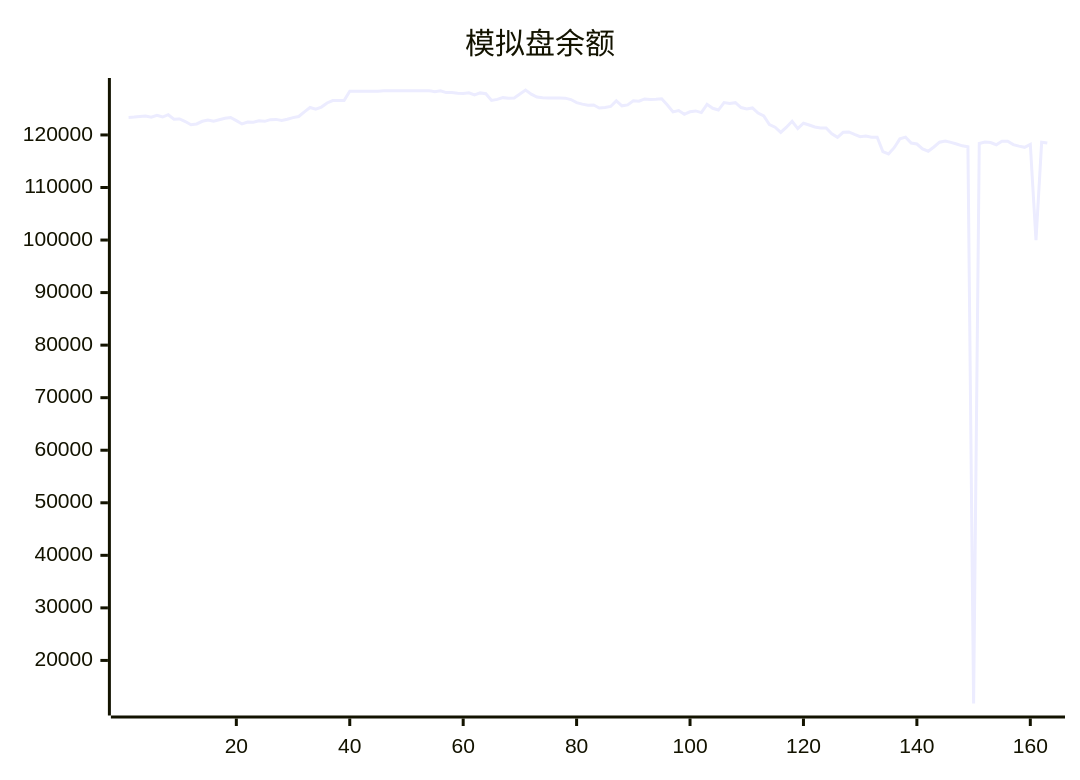
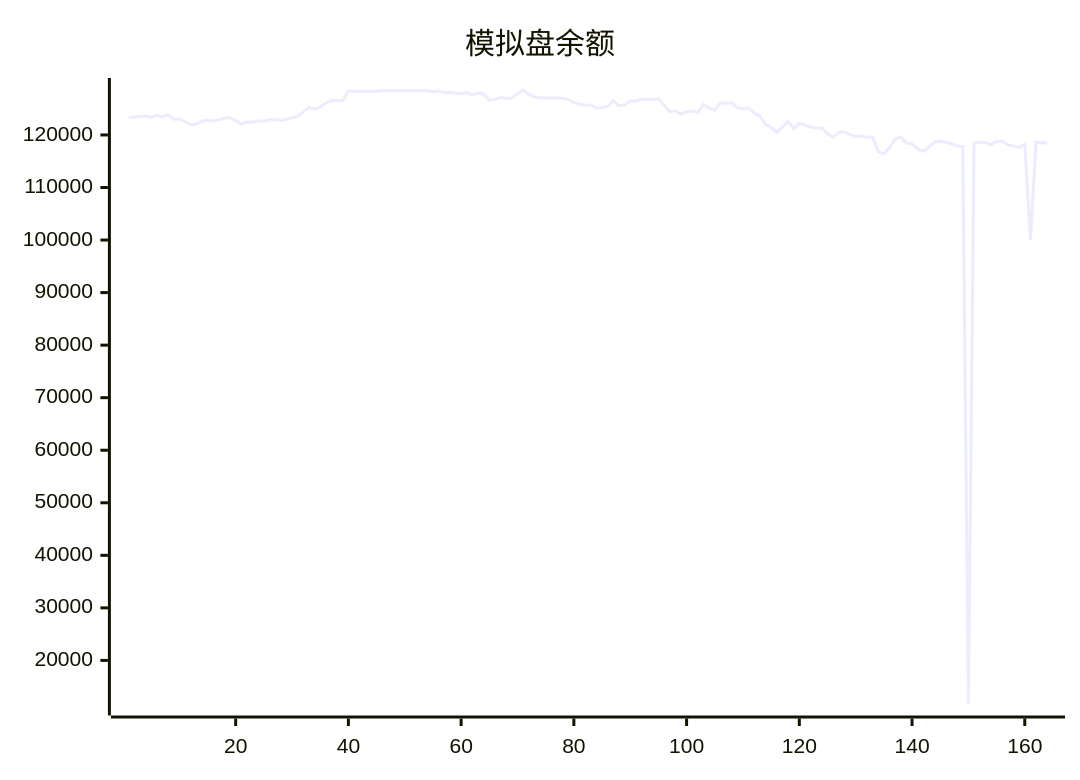
One commit to aahl/ai-trading changed the diagram in README.md. Above: the diagram before and after it, drawn with Mermaid. The commit also changed other lines of this file and 1 other file, not shown here.

````diff
--- a/README.md
+++ b/README.md
@@ -5,5 +5,5 @@
 ```mermaid
 xychart
     title "模拟盘余额"
-    line [123338,123402,123530,123592,123378,123745,123413,123853,123009,123040,122557,121938,122095,122599,122856,122597,122898,123160,123319,122719,122087,122454,122416,122685,122592,122907,122961,122776,122981,123295,123507,124403,125224,124894,125303,126088,126544,126534,126549,128335,128318,128318,128318,128318,128318,128424,128424,128424,128424,128424,128424,128424,128424,128424,128247,128412,128062,128087,127917,127901,128026,127611,128000,127850,126572,126770,127100,126971,127029,127783,128554,127765,127224,127064,127044,127009,127025,127004,126738,126152,125871,125635,125707,125117,125217,125420,126480,125545,125715,126511,126424,126856,126764,126788,126890,125710,124381,124632,123936,124402,124574,124256,125833,125070,124739,126154,125966,126145,125213,124943,125143,124157,123604,121959,121476,120476,121470,122610,121201,122221,121889,121522,121332,121344,120232,119559,120513,120577,120108,119680,119777,119572,119568,116839,116392,117573,119250,119585,118469,118277,117338,116897,117706,118628,118849,118579,118280,117926,117735,11802,118373,118639,118544,118136,118798,118819,118162,117874,117649,118215,100000,118601,118463]
+    line [123338,123402,123530,123592,123378,123745,123413,123853,123009,123040,122557,121938,122095,122599,122856,122597,122898,123160,123319,122719,122087,122454,122416,122685,122592,122907,122961,122776,122981,123295,123507,124403,125224,124894,125303,126088,126544,126534,126549,128335,128318,128318,128318,128318,128318,128424,128424,128424,128424,128424,128424,128424,128424,128424,128247,128412,128062,128087,127917,127901,128026,127611,128000,127850,126572,126770,127100,126971,127029,127783,128554,127765,127224,127064,127044,127009,127025,127004,126738,126152,125871,125635,125707,125117,125217,125420,126480,125545,125715,126511,126424,126856,126764,126788,126890,125710,124381,124632,123936,124402,124574,124256,125833,125070,124739,126154,125966,126145,125213,124943,125143,124157,123604,121959,121476,120476,121470,122610,121201,122221,121889,121522,121332,121344,120232,119559,120513,120577,120108,119680,119777,119572,119568,116839,116392,117573,119250,119585,118469,118277,117338,116897,117706,118628,118849,118579,118280,117926,117735,11802,118373,118639,118544,118136,118798,118819,118162,117874,117649,118215,100000,118601,118463,118517]
 ```
````
